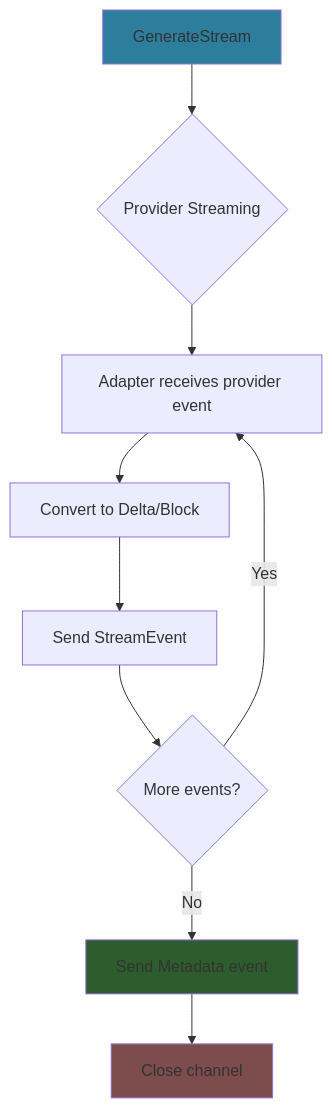
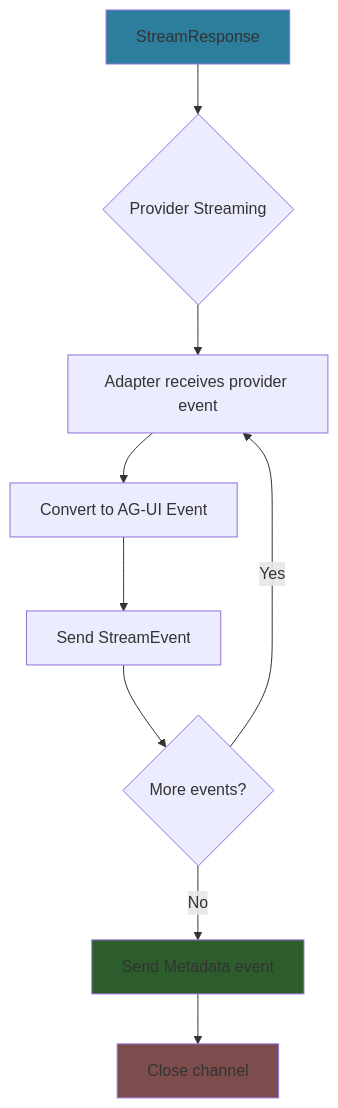
Before and after one commit to haowjy/meridian-llm-go: the second of 2 diagrams in docs/streaming.md, drawn with Mermaid. The commit also changed other lines of this file and 23 other files, not shown here.

First line of the commit message:
Refactor streaming to AG-UI protocol with event emitter

````diff
--- a/docs/streaming.md
+++ b/docs/streaming.md
@@ -299,15 +334,15 @@
 ```mermaid
 graph TD
-    A[GenerateStream] --> B{Provider Streaming}
+    A[StreamResponse] --> B{Provider Streaming}
     B --> C[Adapter receives provider event]
-    C --> D[Convert to Delta/Block]
+    C --> D[Convert to AG-UI Event]
     D --> E[Send StreamEvent]
     E --> F{More events?}
     F -->|Yes| C
     F -->|No| G[Send Metadata event]
     G --> H[Close channel]
 
     style A fill:#2d7d9d
     style G fill:#2d5d2d
     style H fill:#7d4d4d
 ```
````
